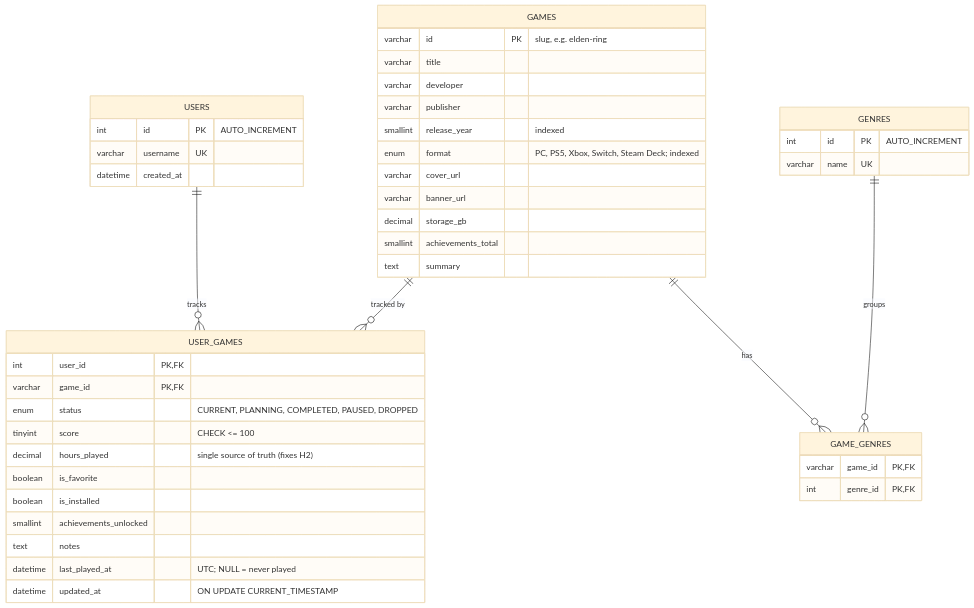
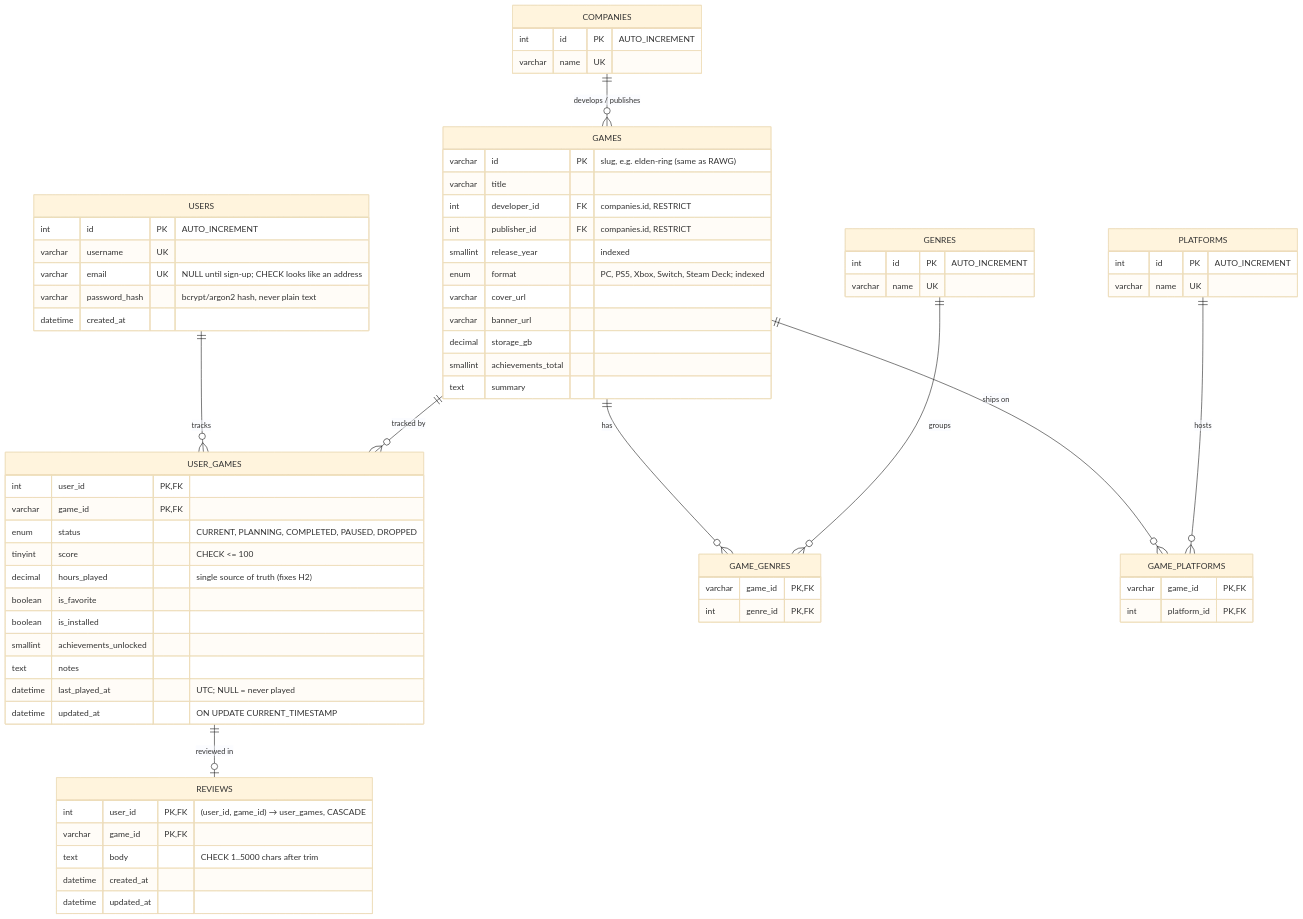
Before and after one commit to feranando0241/GameLibrary-DataBases-: the second of 3 diagrams in docs/architecture.md, drawn with Mermaid (base theme). The commit also changed other lines of this file and 18 other files, not shown here.

First line of the commit message:
feat(database): normalize schema, add reviews and shared-database tooling

````diff
--- a/docs/architecture.md
+++ b/docs/architecture.md
@@ -88,47 +90,72 @@
 ```mermaid
 erDiagram
   USERS ||--o{ USER_GAMES : tracks
   GAMES ||--o{ USER_GAMES : "tracked by"
+  USER_GAMES ||--o| REVIEWS : "reviewed in"
+  COMPANIES ||--o{ GAMES : "develops / publishes"
   GAMES ||--o{ GAME_GENRES : has
   GENRES ||--o{ GAME_GENRES : groups
+  GAMES ||--o{ GAME_PLATFORMS : "ships on"
+  PLATFORMS ||--o{ GAME_PLATFORMS : hosts
 
   USERS {
     int id PK "AUTO_INCREMENT"
     varchar username UK
+    varchar email UK "NULL until sign-up; CHECK looks like an address"
+    varchar password_hash "bcrypt/argon2 hash, never plain text"
     datetime created_at
   }
+  COMPANIES {
+    int id PK "AUTO_INCREMENT"
+    varchar name UK
+  }
   GAMES {
-    varchar id PK "slug, e.g. elden-ring"
+    varchar id PK "slug, e.g. elden-ring (same as RAWG)"
     varchar title
-    varchar developer
-    varchar publisher
+    int developer_id FK "companies.id, RESTRICT"
+    int publisher_id FK "companies.id, RESTRICT"
     smallint release_year "indexed"
     enum format "PC, PS5, Xbox, Switch, Steam Deck; indexed"
     varchar cover_url
     varchar banner_url
     decimal storage_gb
     smallint achievements_total
     text summary
   }
   GENRES {
     int id PK "AUTO_INCREMENT"
     varchar name UK
   }
   GAME_GENRES {
     varchar game_id PK,FK
     int genre_id PK,FK
   }
+  PLATFORMS {
+    int id PK "AUTO_INCREMENT"
+    varchar name UK
+  }
+  GAME_PLATFORMS {
+    varchar game_id PK,FK
+    int platform_id PK,FK
+  }
   USER_GAMES {
     int user_id PK,FK
     varchar game_id PK,FK
     enum status "CURRENT, PLANNING, COMPLETED, PAUSED, DROPPED"
     tinyint score "CHECK <= 100"
     decimal hours_played "single source of truth (fixes H2)"
     boolean is_favorite
     boolean is_installed
     smallint achievements_unlocked
     text notes
     datetime last_played_at "UTC; NULL = never played"
     datetime updated_at "ON UPDATE CURRENT_TIMESTAMP"
   }
+  REVIEWS {
+    int user_id PK,FK "(user_id, game_id) → user_games, CASCADE"
+    varchar game_id PK,FK
+    text body "CHECK 1..5000 chars after trim"
+    datetime created_at
+    datetime updated_at
+  }
 ```
````
